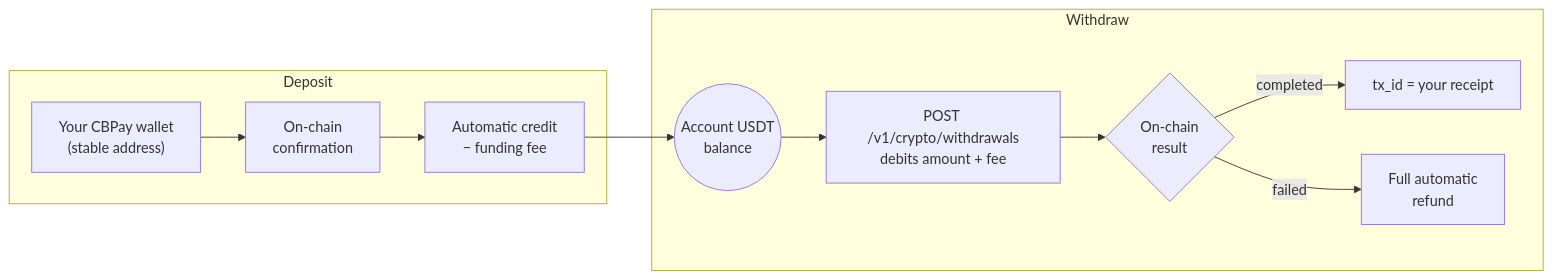
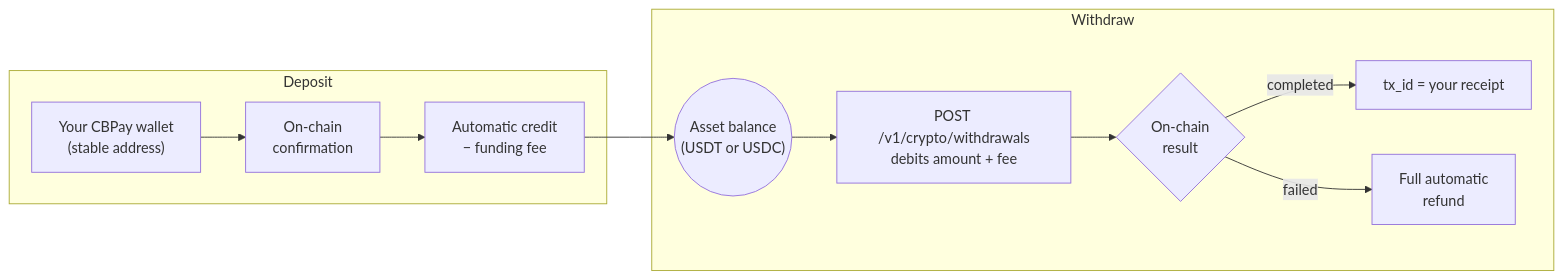
The diagram in en/guides/crypto.mdx (SaturoS17/docs), drawn with Mermaid before and after one commit. The commit also changed other lines of this file and 21 other files, not shown here.

Commit message:
docs: saldos virtuales multi-moneda USDT/USDC/BTC/GOLD (v1.26)

````diff
--- a/en/guides/crypto.mdx
+++ b/en/guides/crypto.mdx
@@ -10,14 +20,14 @@
 ```mermaid
 flowchart LR
     subgraph depositFlow [Deposit]
         wallet["Your CBPay wallet<br/>(stable address)"] --> confirmed["On-chain<br/>confirmation"]
         confirmed --> credit["Automatic credit<br/>− funding fee"]
     end
-    credit --> balance(("Account USDT<br/>balance"))
+    credit --> balance(("Asset balance<br/>(USDT or USDC)"))
     subgraph withdrawFlow [Withdraw]
         balance --> withdrawal["POST /v1/crypto/withdrawals<br/>debits amount + fee"]
         withdrawal --> onchain{"On-chain<br/>result"}
         onchain -->|"completed"| txid["tx_id = your receipt"]
         onchain -->|"failed"| refund["Full automatic<br/>refund"]
     end
 ```
````
